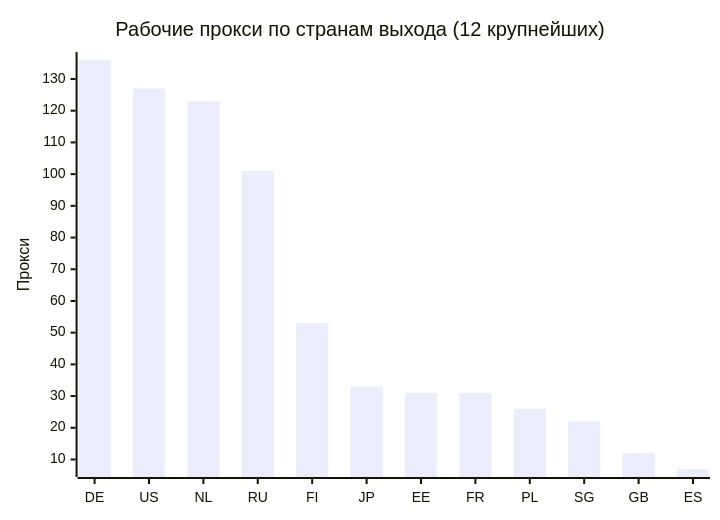
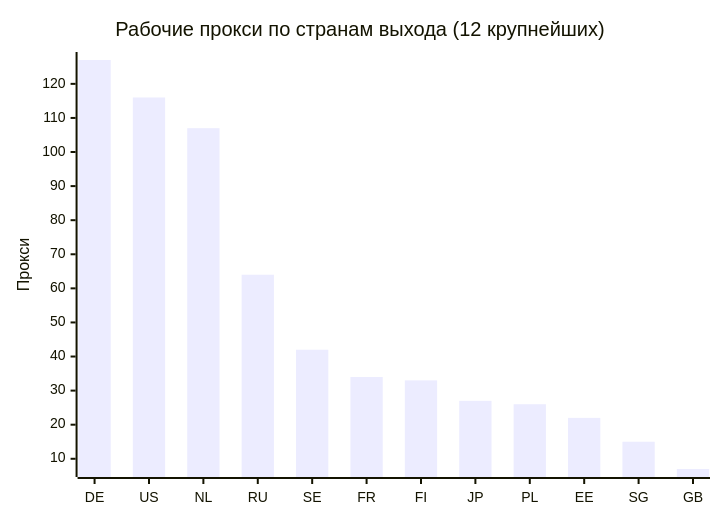
One commit to rvvg/proxy-subs changed the second of 4 diagrams in README.md. Above: the diagram before and after it, drawn with Mermaid. The commit also changed other lines of this file and 53 other files, not shown here.

````diff
--- a/README.md
+++ b/README.md
@@ -135,7 +125,7 @@
 ```mermaid
 xychart-beta
     title "Рабочие прокси по странам выхода (12 крупнейших)"
-    x-axis ["DE", "US", "NL", "RU", "FI", "JP", "EE", "FR", "PL", "SG", "GB", "ES"]
+    x-axis ["DE", "US", "NL", "RU", "SE", "FR", "FI", "JP", "PL", "EE", "SG", "GB"]
     y-axis "Прокси"
-    bar [136, 127, 123, 101, 53, 33, 31, 31, 26, 22, 12, 7]
+    bar [127, 116, 107, 64, 42, 34, 33, 27, 26, 22, 15, 7]
 ```
````
